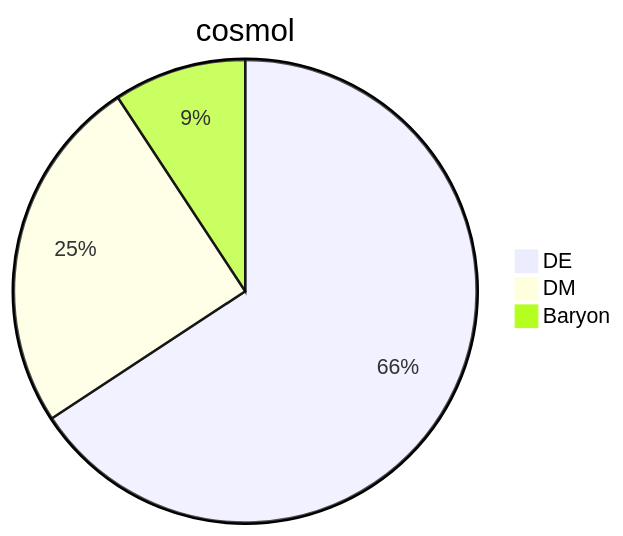
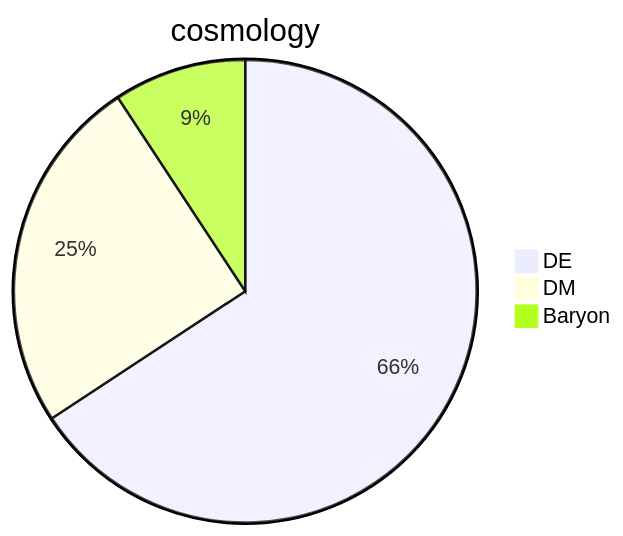
One commit to JinQinKIAA/notes changed the second of 2 diagrams in python.md. Above: the diagram before and after it, drawn with Mermaid. The commit also changed other lines of this file and 2 other files, not shown here.

Commit message:
modified:   cosmology.md 	deleted:    figures/image-20250812232349534.png 	modified:   python.md

````diff
--- a/python.md
+++ b/python.md
@@ -21,7 +21,7 @@
 ```mermaid
 pie
-title cosmol
+title cosmology 
 "DE": 71
 "DM": 27
 "Baryon": 10
 ```
````
